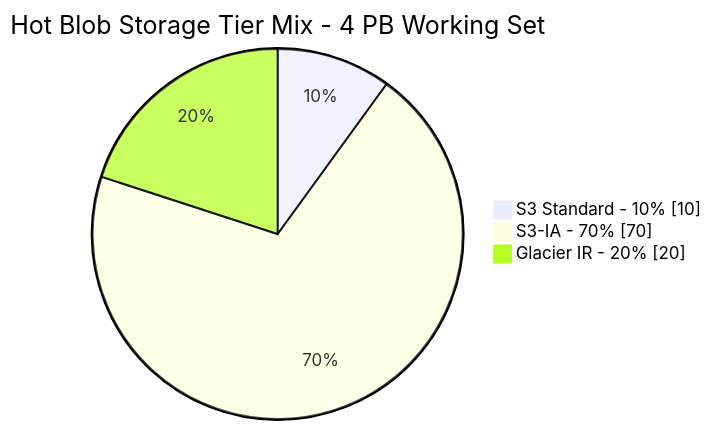
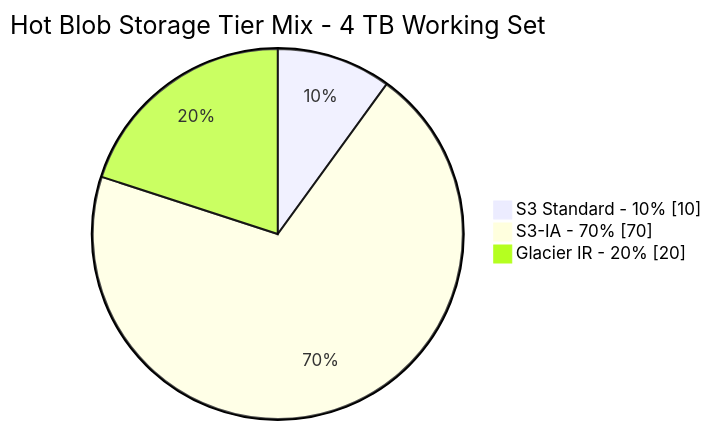
Before and after one commit to rppol/system-design: the first of 6 diagrams in src/main/java/com/rutik/systemdesign/devops/case_studies/design_container_registry.md, drawn with Mermaid. The commit also changed other lines of this file and 2 other files, not shown here.

First line of the commit message:
audit(devops): 3 case studies — a storage estimate 1000x too large, and a scan gate whose trigger could never fire

````diff
--- a/src/main/java/com/rutik/systemdesign/devops/case_studies/design_container_registry.md
+++ b/src/main/java/com/rutik/systemdesign/devops/case_studies/design_container_registry.md
@@ -126,6 +126,6 @@
 ```mermaid
-pie showData title Hot Blob Storage Tier Mix - 4 PB Working Set
+pie showData title Hot Blob Storage Tier Mix - 4 TB Working Set
     "S3 Standard - 10%" : 10
     "S3-IA - 70%" : 70
     "Glacier IR - 20%" : 20
 ```
````
